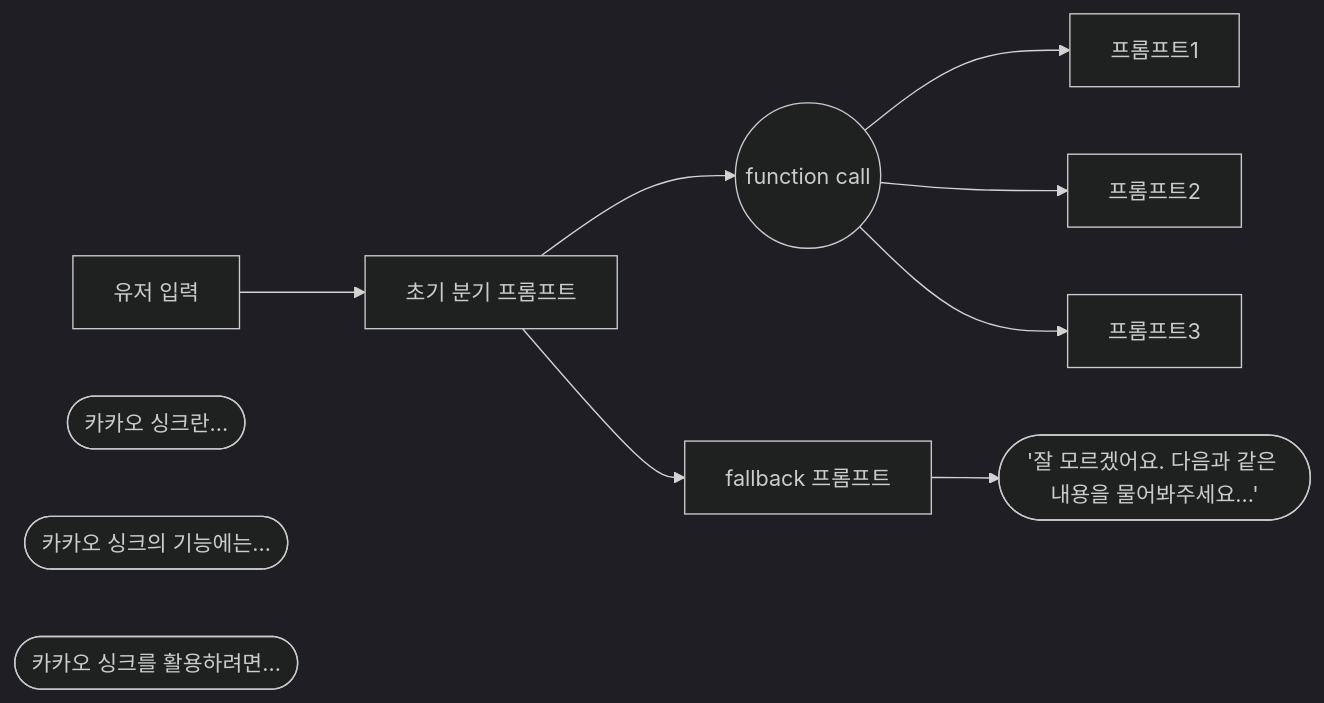
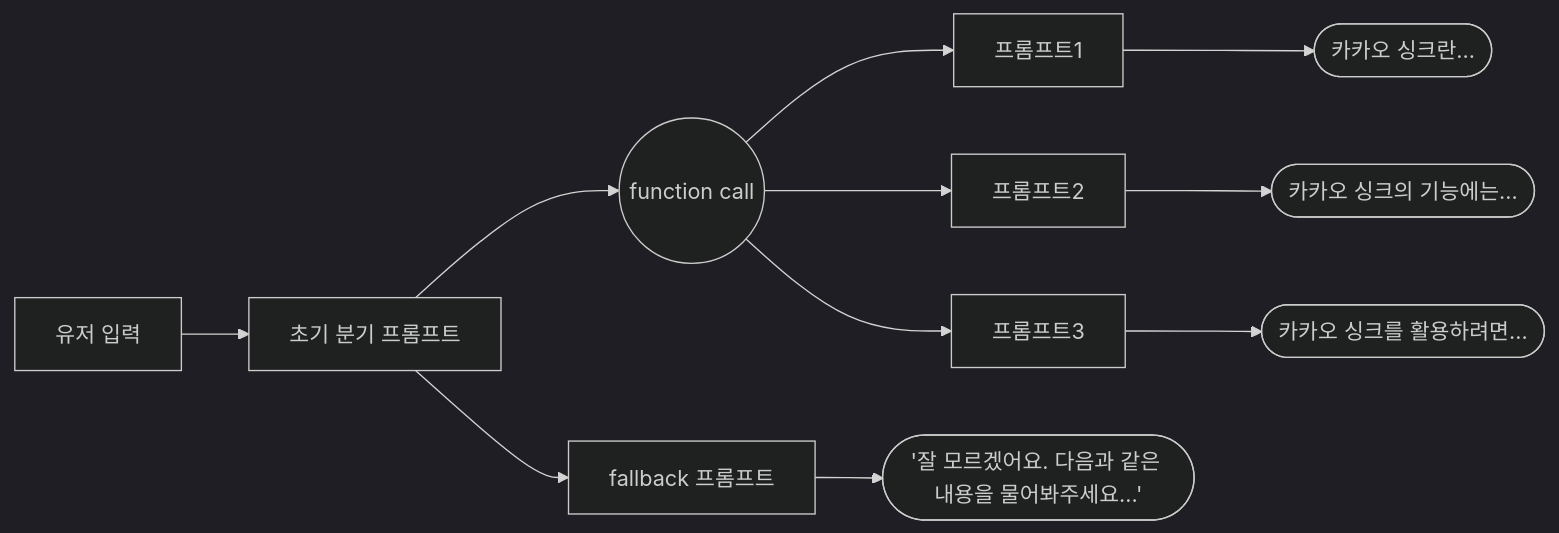
The diagram in README.md (deflatedlatte/mermaid-test), drawn with Mermaid (dark theme) before and after one commit.

Commit message:
awpoeifheawpoifhaweopfiawejpfoieaw jfpoaewijf apewoifj

````diff
--- a/README.md
+++ b/README.md
@@ -3,21 +3,24 @@
 ```mermaid
     flowchart LR
         id1["유저 입력"]
         id2["초기 분기 프롬프트"]
         id8(("function call"))
         id3["프롬프트1"]
         id4["프롬프트2"]
         id5["프롬프트3"]
         id9(["카카오 싱크란..."])
         id10(["카카오 싱크의 기능에는..."])
         id11(["카카오 싱크를 활용하려면..."])
         id6["fallback 프롬프트"]
         id7(["'잘 모르겠어요. 다음과 같은 내용을 물어봐주세요...'"])
         id1 --> id2
         id2 --> id8
         id8 --> id3
         id8 --> id4
         id8 --> id5
         id2 --> id6
         id6 --> id7
+        id3 --> id9
+        id4 --> id10
+        id5 --> id11
 ```
````
